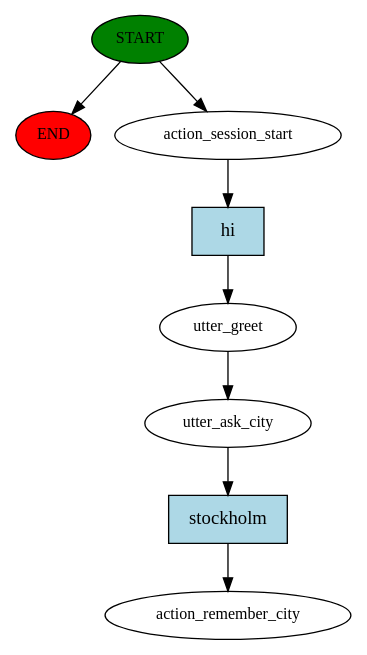
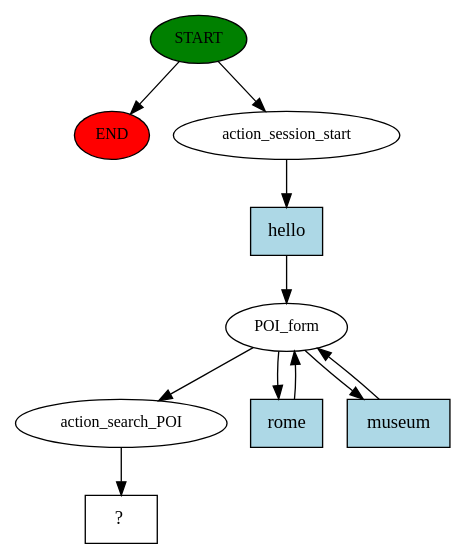
The diagram in story_graph.dot (paolocalderaro/DT2151_TravelBot_project), drawn with Graphviz before and after one commit. The commit also changed 8 other files, not shown here.

Commit message:
composed form to ask city and category

```diff
--- a/story_graph.dot
+++ b/story_graph.dot
@@ -1,17 +1,21 @@
 digraph  {
 0 [class="start active", fillcolor=green, fontsize=12, label=START, style=filled];
 "-1" [class=end, fillcolor=red, fontsize=12, label=END, style=filled];
 1 [class=active, fontsize=12, label=action_session_start];
-2 [class=active, fontsize=12, label=utter_greet];
-3 [class=active, fontsize=12, label=utter_ask_city];
-4 [class="dashed active", fontsize=12, label=action_remember_city];
-5 [class="intent active", fillcolor=lightblue, label=hi, shape=rect, style=filled];
-6 [class="intent active", fillcolor=lightblue, label=stockholm, shape=rect, style=filled];
+2 [class=active, fontsize=12, label=POI_form];
+5 [class=active, fontsize=12, label=action_search_POI];
+6 [class="intent dashed active", label="  ?  ", shape=rect];
+7 [class="intent active", fillcolor=lightblue, label=hello, shape=rect, style=filled];
+8 [class="intent active", fillcolor=lightblue, label=rome, shape=rect, style=filled];
+9 [class="intent active", fillcolor=lightblue, label=museum, shape=rect, style=filled];
 0 -> "-1"  [class="", key=NONE, label=""];
 0 -> 1  [class=active, key=NONE, label=""];
-1 -> 5  [class=active, key=0];
-2 -> 3  [class=active, key=NONE, label=""];
-3 -> 6  [class=active, key=0];
-5 -> 2  [class=active, key=0];
-6 -> 4  [class=active, key=0];
+1 -> 7  [class=active, key=0];
+2 -> 5  [class=active, key=NONE, label=""];
+2 -> 8  [class=active, key=0];
+2 -> 9  [class=active, key=0];
+5 -> 6  [class=active, key=NONE, label=""];
+7 -> 2  [class=active, key=0];
+8 -> 2  [class=active, key=0];
+9 -> 2  [class=active, key=0];
 }
```
